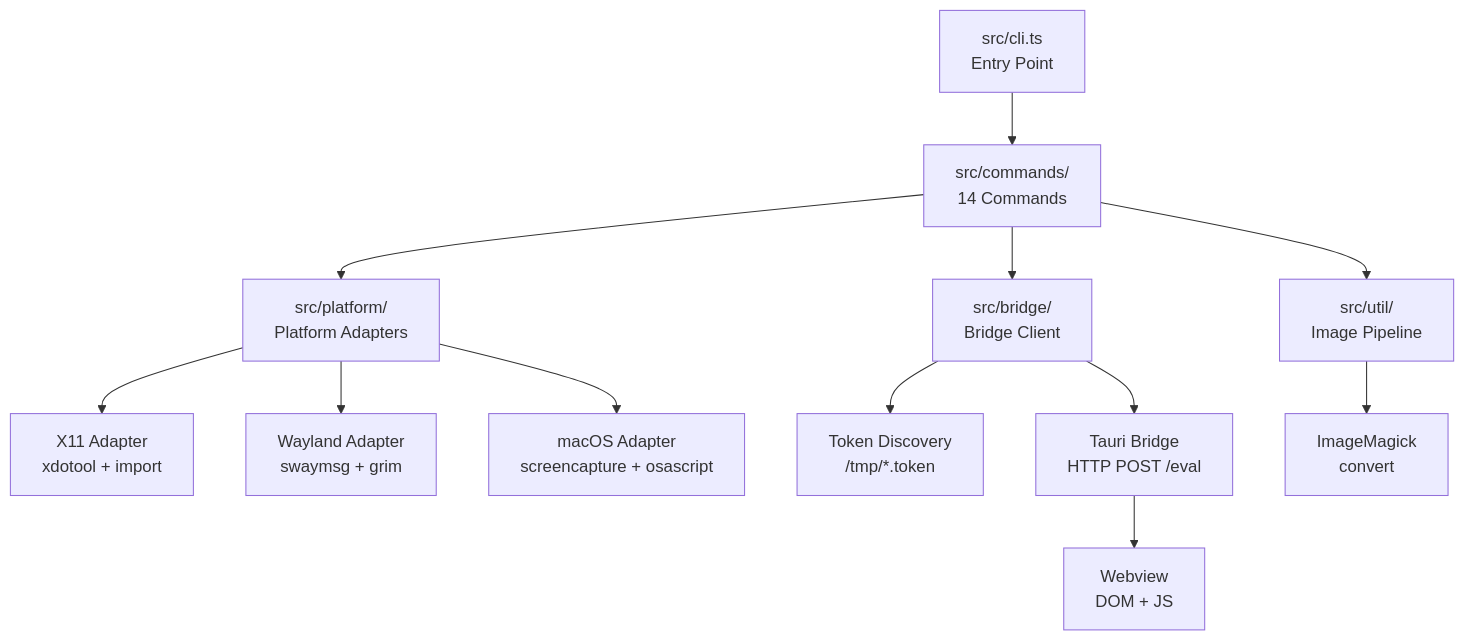
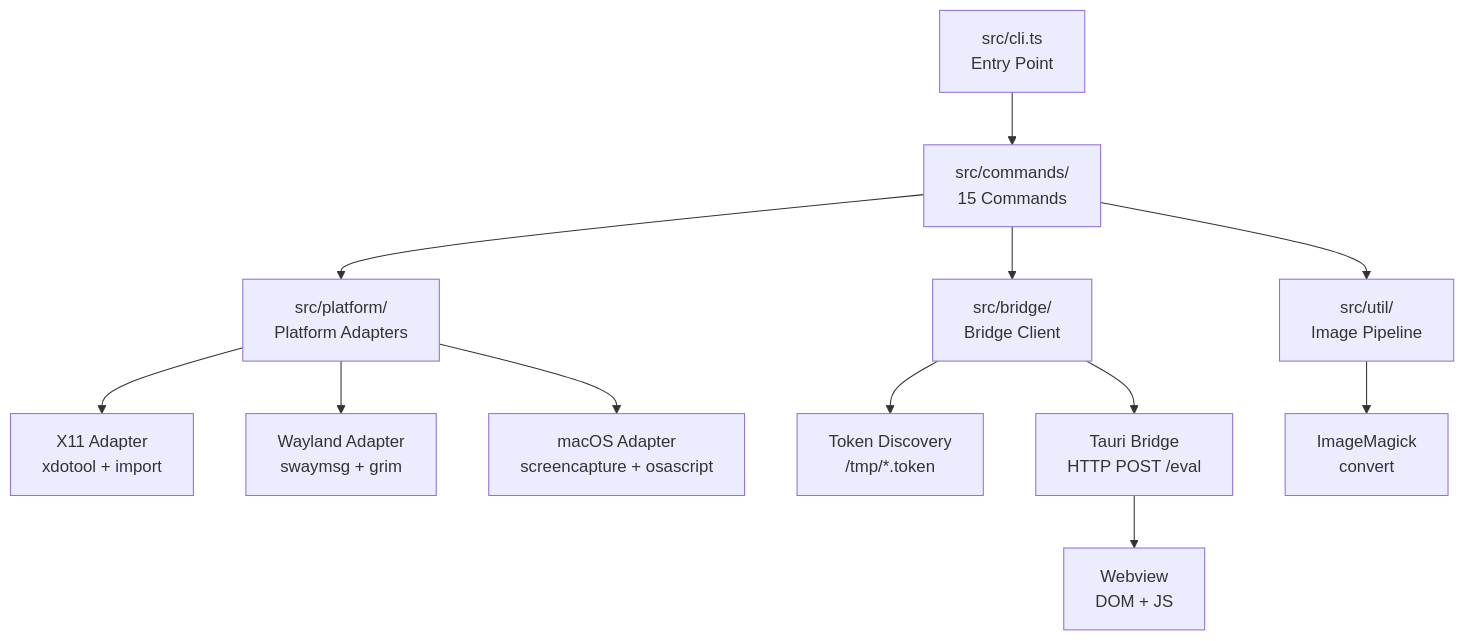
Before and after one commit to gabrielpgagne/tauri-agent-tools: the diagram in docs/architecture/overview.md, drawn with Mermaid. The commit also changed other lines of this file and 30 other files, not shown here.

````diff
--- a/docs/architecture/overview.md
+++ b/docs/architecture/overview.md
@@ -5,14 +5,14 @@
 ```mermaid
 graph TD
-    CLI[src/cli.ts<br/>Entry Point] --> CMD[src/commands/<br/>14 Commands]
+    CLI[src/cli.ts<br/>Entry Point] --> CMD[src/commands/<br/>15 Commands]
     CMD --> PA[src/platform/<br/>Platform Adapters]
     CMD --> BC[src/bridge/<br/>Bridge Client]
     PA --> X11[X11 Adapter<br/>xdotool + import]
     PA --> WL[Wayland Adapter<br/>swaymsg + grim]
     PA --> MAC[macOS Adapter<br/>screencapture + osascript]
     BC --> TD[Token Discovery<br/>/tmp/*.token]
     BC --> BR[Tauri Bridge<br/>HTTP POST /eval]
     BR --> WV[Webview<br/>DOM + JS]
     CMD --> IMG[src/util/<br/>Image Pipeline]
     IMG --> IM[ImageMagick<br/>convert]
 ```
````
